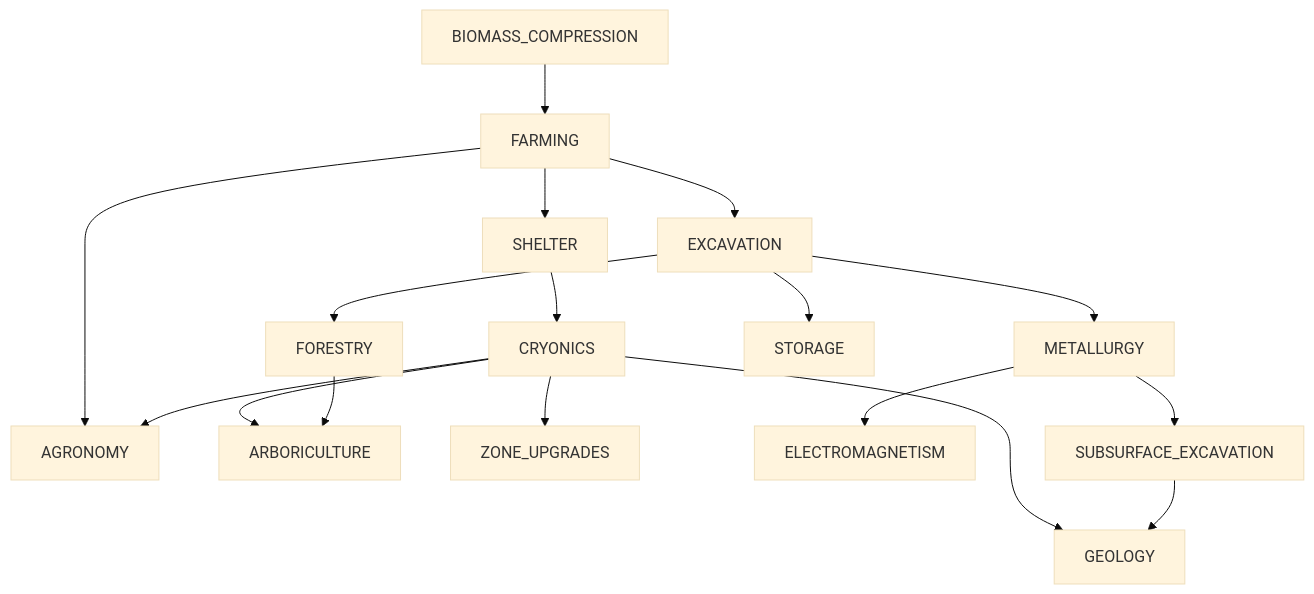
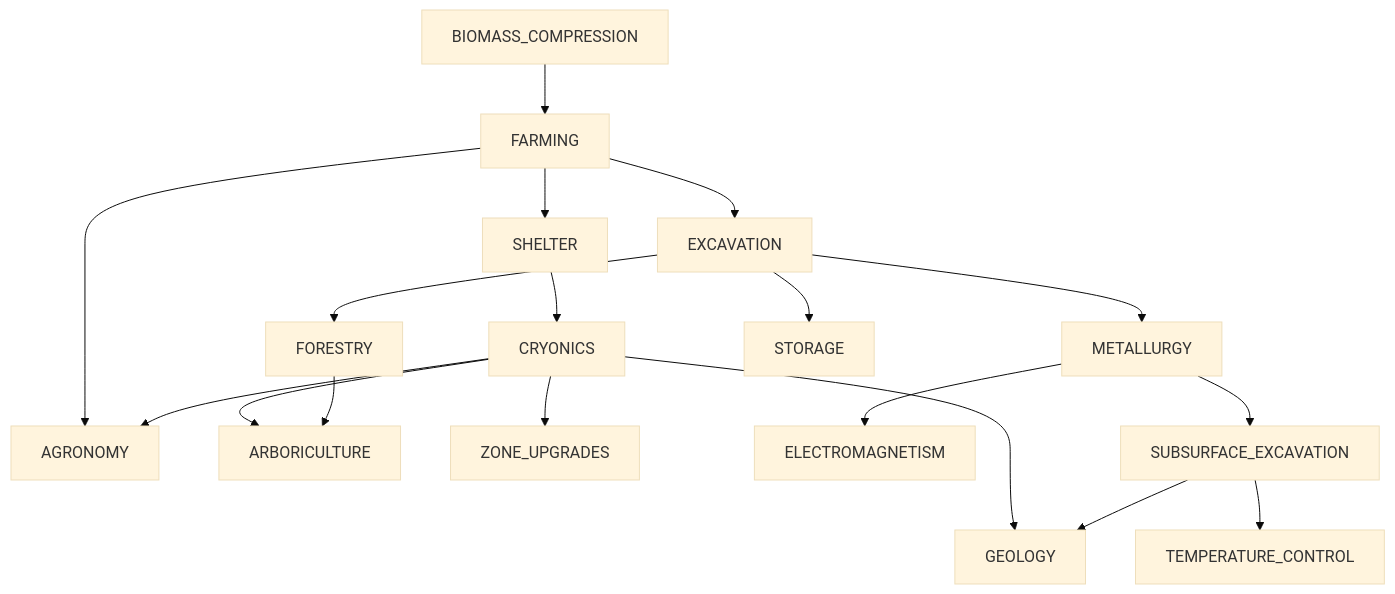
The diagram in docs/TECH_TREE.md (krnsk0/idler), drawn with Mermaid (base theme) before and after one commit. The commit also changed 9 other files, not shown here.

````diff
--- a/docs/TECH_TREE.md
+++ b/docs/TECH_TREE.md
@@ -6,20 +6,21 @@
 ```mermaid
 flowchart TD;
   BIOMASS_COMPRESSION --> FARMING
   FARMING --> SHELTER
   FARMING --> EXCAVATION
   FARMING --> AGRONOMY
   SHELTER --> CRYONICS
   CRYONICS --> AGRONOMY
   CRYONICS --> ARBORICULTURE
   CRYONICS --> GEOLOGY
   CRYONICS --> ZONE_UPGRADES
   FORESTRY --> ARBORICULTURE
   EXCAVATION --> METALLURGY
   EXCAVATION --> STORAGE
   EXCAVATION --> FORESTRY
   METALLURGY --> ELECTROMAGNETISM
   METALLURGY --> SUBSURFACE_EXCAVATION
   SUBSURFACE_EXCAVATION --> GEOLOGY
+  SUBSURFACE_EXCAVATION --> TEMPERATURE_CONTROL
 
 ```
````
